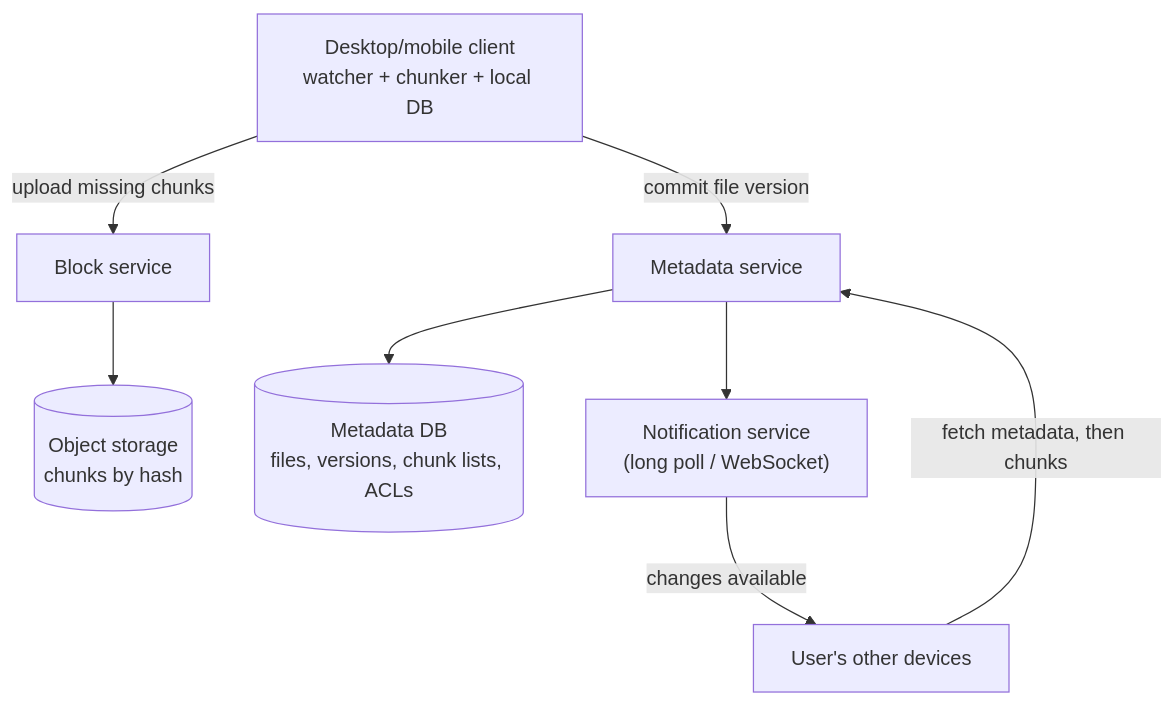
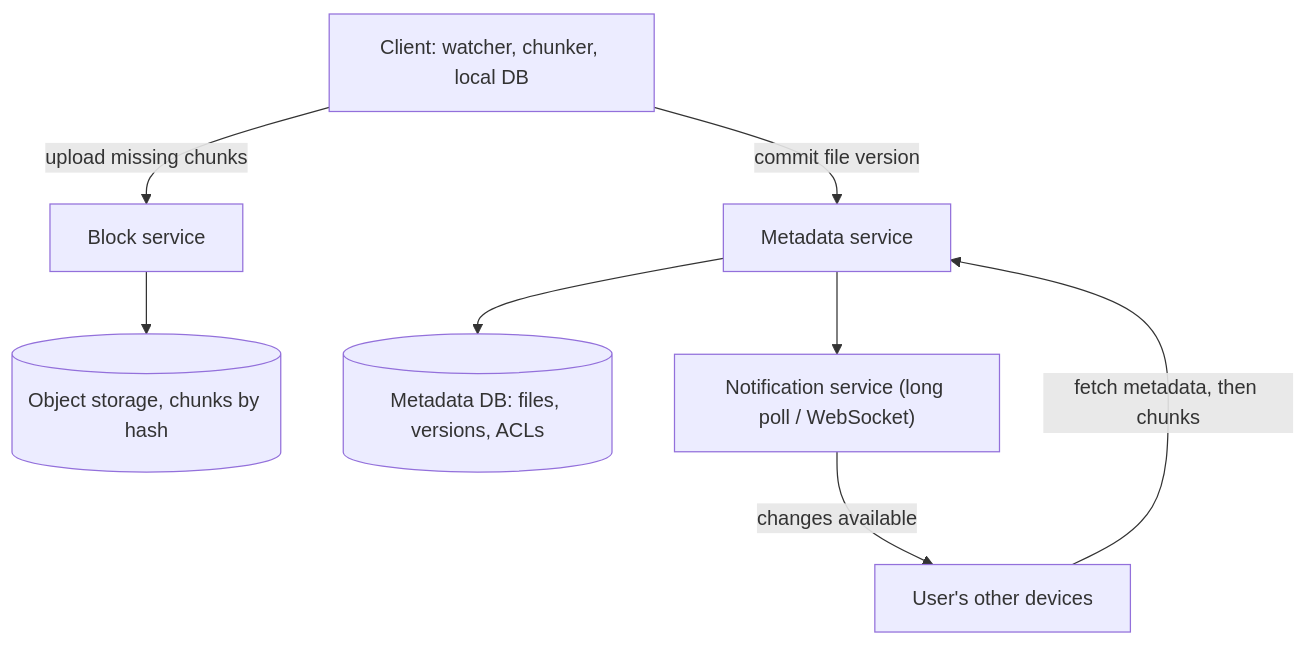
One commit to AkshayAshokCode/System-Design-Interview-Questions-and-Answers changed the ninth of 22 diagrams in topics/17-designs-social-media.md. Above: the diagram before and after it, drawn with Mermaid. The commit also changed other lines of this file and 4 other files, not shown here.

````diff
--- a/topics/17-designs-social-media.md
+++ b/topics/17-designs-social-media.md
@@ -236,8 +535,8 @@
 ```mermaid
 flowchart TD
-    D["Desktop/mobile client<br/>watcher + chunker + local DB"] -->|"upload missing chunks"| BS["Block service"] --> OBJ[("Object storage<br/>chunks by hash")]
-    D -->|"commit file version"| MS["Metadata service"] --> MDB[("Metadata DB<br/>files, versions, chunk lists, ACLs")]
-    MS --> NS["Notification service<br/>(long poll / WebSocket)"]
+    D["Client: watcher, chunker, local DB"] -->|"upload missing chunks"| BS["Block service"] --> OBJ[("Object storage, chunks by hash")]
+    D -->|"commit file version"| MS["Metadata service"] --> MDB[("Metadata DB: files, versions, ACLs")]
+    MS --> NS["Notification service (long poll / WebSocket)"]
     NS -->|"changes available"| D2["User's other devices"]
     D2 -->|"fetch metadata, then chunks"| MS
 ```
````
